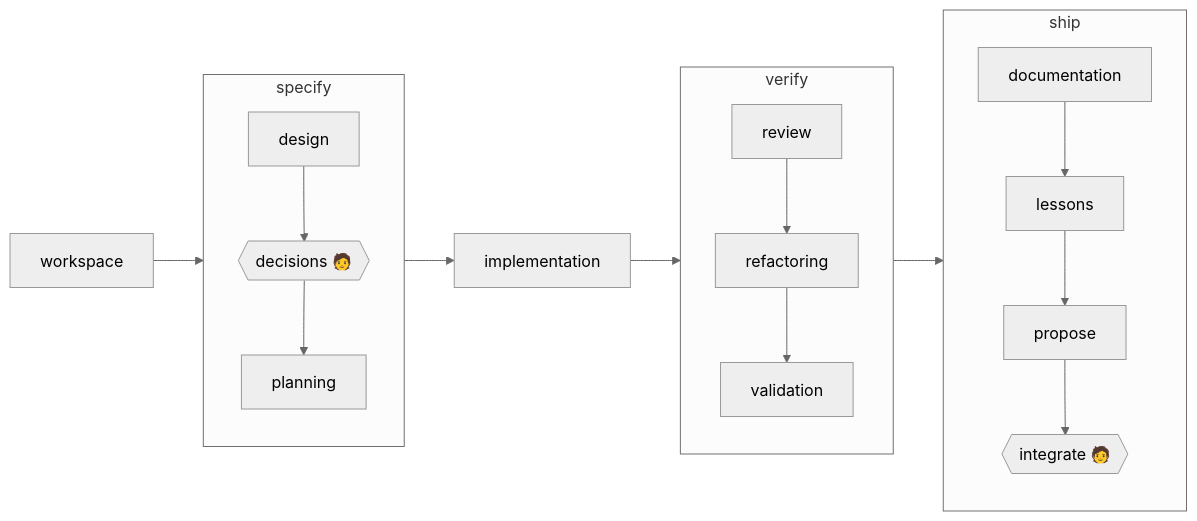
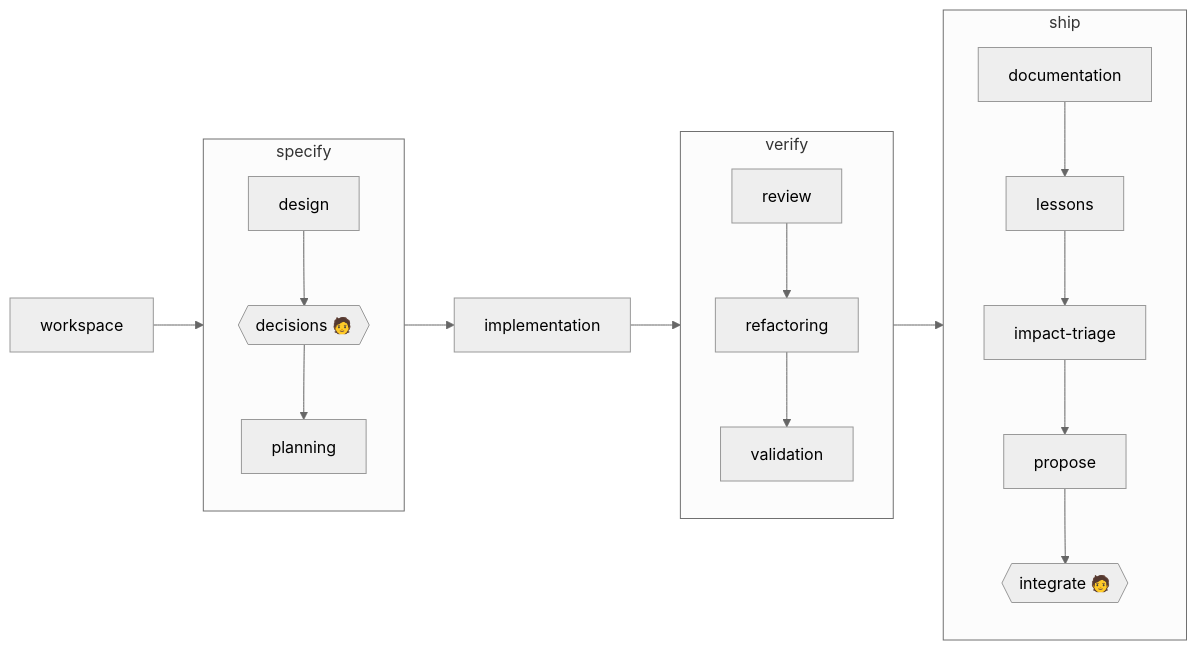
Before and after one commit to scolladon/craft: the first of 2 diagrams in README.md, drawn with Mermaid (neutral theme). The commit also changed other lines of this file and 77 other files, not shown here.

````diff
--- a/README.md
+++ b/README.md
@@ -15,15 +15,15 @@
 ```mermaid
 flowchart LR
   W[workspace] --> spec
   subgraph spec [specify]
     D[design] --> DC{{"decisions 🧑"}} --> P[planning]
   end
   spec --> I[implementation] --> verify
   subgraph verify [verify]
     R[review] --> RF[refactoring] --> V[validation]
   end
   verify --> ship
   subgraph ship [ship]
-    DO[documentation] --> LE[lessons] --> PR[propose] --> IN{{"integrate 🧑"}}
+    DO[documentation] --> LE[lessons] --> IT[impact-triage] --> PR[propose] --> IN{{"integrate 🧑"}}
   end
 ```
````
